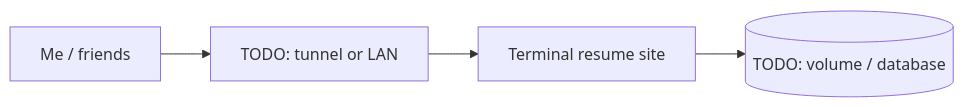
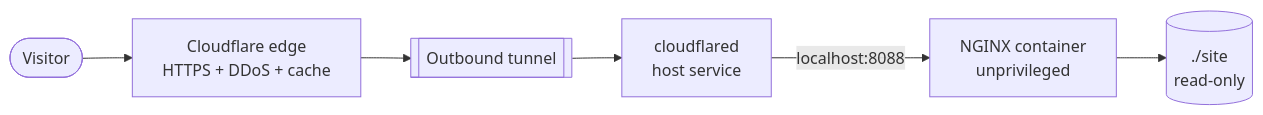
The diagram in docs/services/resume-site.md (Shineori/homelab), drawn with Mermaid before and after one commit. The commit also changed other lines of this file and 4 other files, not shown here.

First line of the commit message:
Resume site: localhost-only port, mobile fixes, full docs

````diff
--- a/docs/services/resume-site.md
+++ b/docs/services/resume-site.md
@@ -20,6 +20,8 @@
 ```mermaid
 flowchart LR
-    user[Me / friends] --> entry[TODO: tunnel or LAN]
-    entry --> app[Terminal resume site]
-    app --> data[(TODO: volume / database)]
+    v([Visitor]) --> edge[Cloudflare edge<br/>HTTPS + DDoS + cache]
+    edge --> tun[[Outbound tunnel]]
+    tun --> cfd[cloudflared<br/>host service]
+    cfd -- localhost:8088 --> ng[NGINX container<br/>unprivileged]
+    ng --> files[(./site<br/>read-only)]
 ```
````
